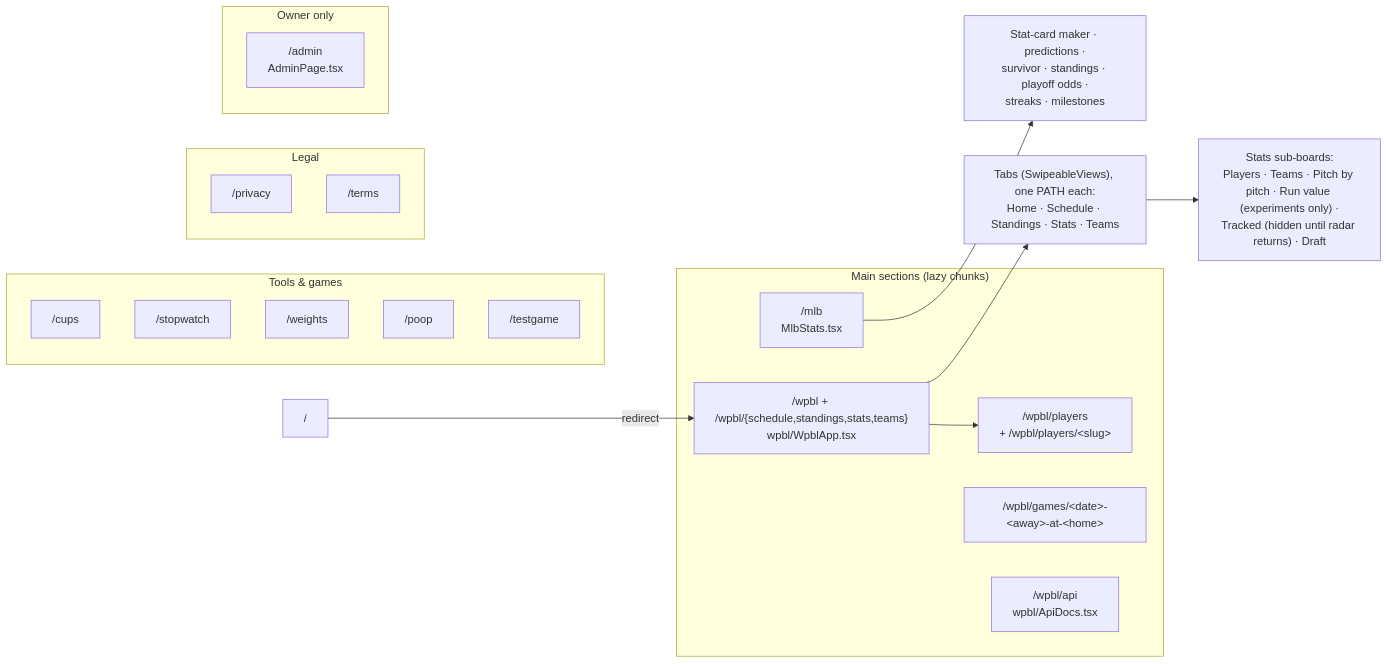
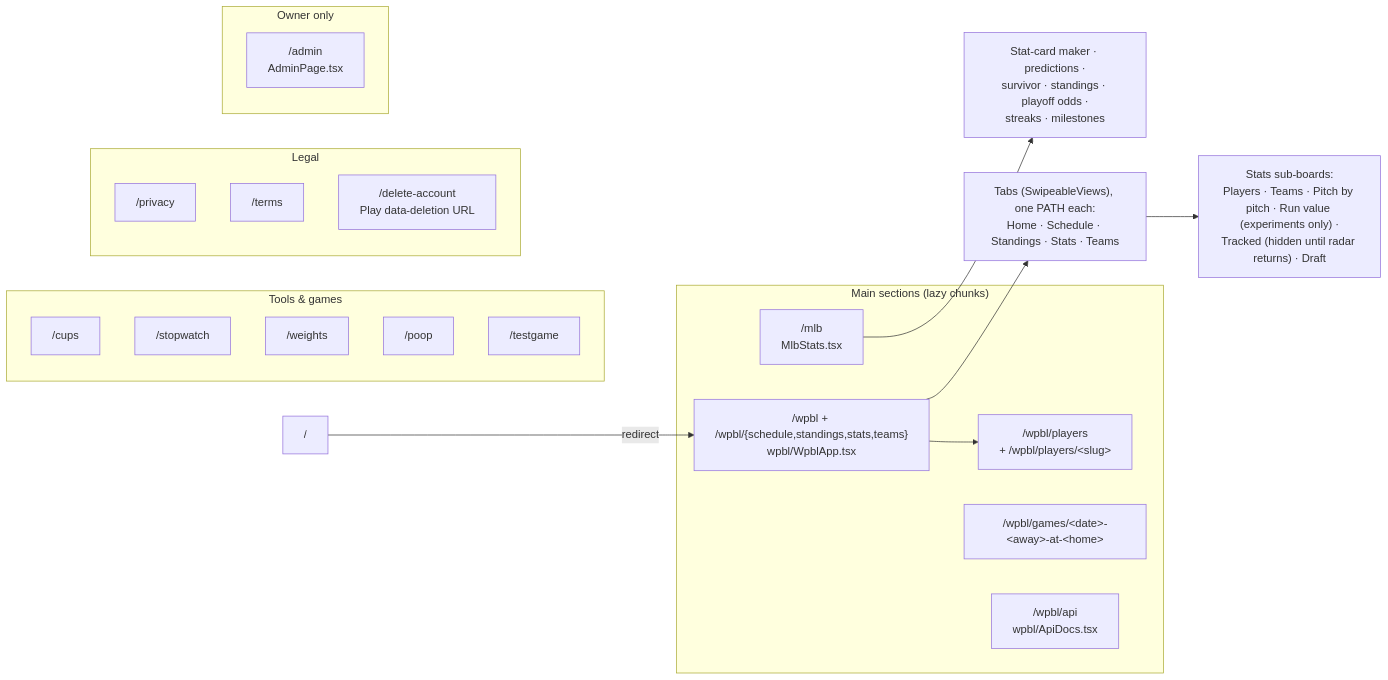
The second of 5 diagrams in ARCHITECTURE.md (sportydolphin/fun), drawn with Mermaid before and after one commit. The commit also changed 9 other files, not shown here.

````diff
--- a/ARCHITECTURE.md
+++ b/ARCHITECTURE.md
@@ -98,33 +98,34 @@
 ```mermaid
 flowchart LR
     subgraph Main["Main sections (lazy chunks)"]
         mlb["/mlb<br/>MlbStats.tsx"]
         wpbl["/wpbl + /wpbl/{schedule,standings,stats,teams}<br/>wpbl/WpblApp.tsx"]
         wplayers["/wpbl/players<br/>+ /wpbl/players/&lt;slug&gt;"]
         wgames["/wpbl/games/&lt;date&gt;-&lt;away&gt;-at-&lt;home&gt;"]
         api["/wpbl/api<br/>wpbl/ApiDocs.tsx"]
     end
 
     subgraph Tools["Tools & games"]
         cups["/cups"]
         sw["/stopwatch"]
         wt["/weights"]
         poop["/poop"]
         tg["/testgame"]
     end
 
     subgraph Legal["Legal"]
         priv["/privacy"]
         terms["/terms"]
+        del["/delete-account<br/>Play data-deletion URL"]
     end
 
     subgraph Owner["Owner only"]
         adm["/admin<br/>AdminPage.tsx"]
     end
 
     root["/"] -->|redirect| wpbl
     wpbl --> wtabs["Tabs (SwipeableViews), one PATH each:<br/>Home · Schedule · Standings · Stats · Teams"]
     wtabs --> wstats["Stats sub-boards:<br/>Players · Teams · Pitch by pitch · Run value (experiments only) ·<br/>Tracked (hidden until radar returns) · Draft"]
     wpbl --> wplayers
     mlb --> mtabs["Stat-card maker · predictions ·<br/>survivor · standings · playoff odds ·<br/>streaks · milestones"]
 ```
````
